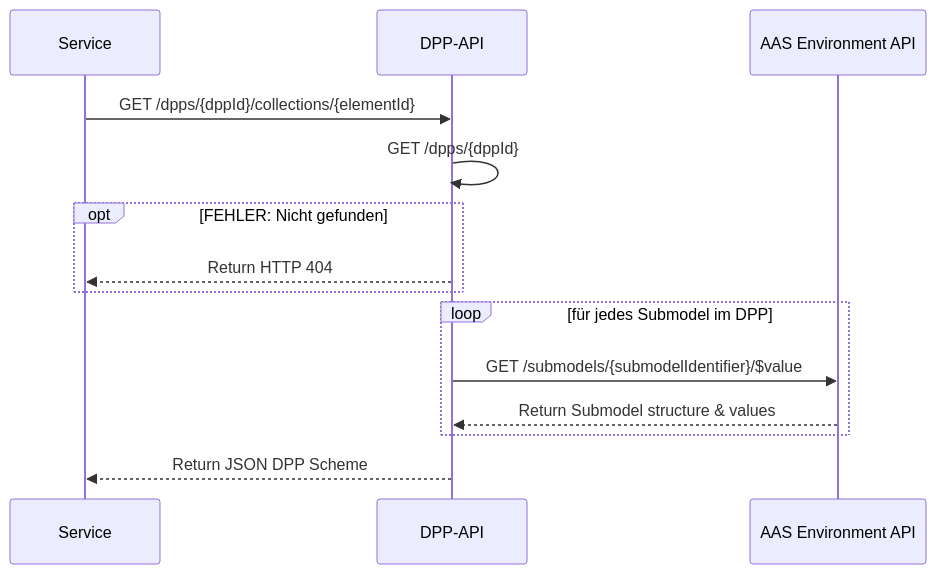
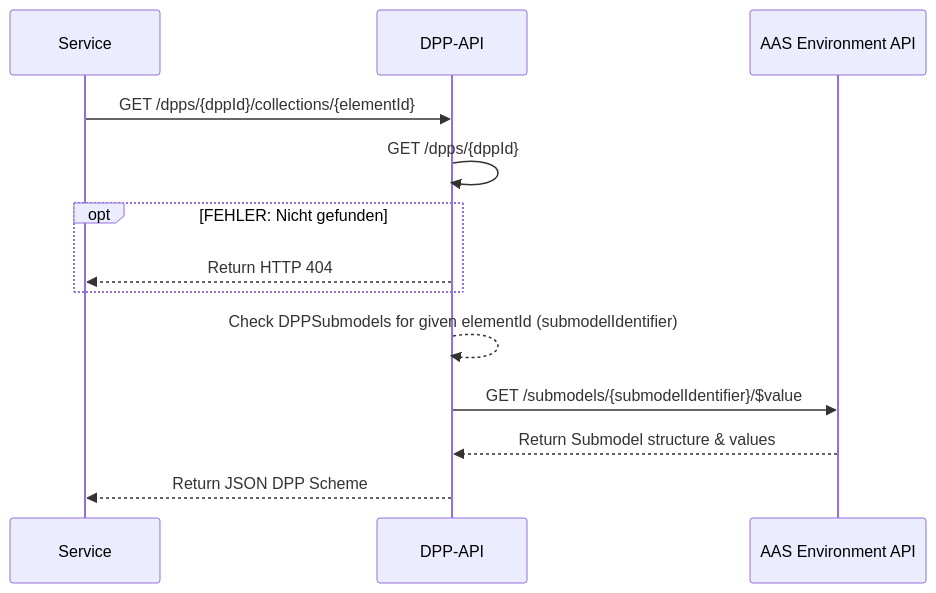
One commit to DHBW-TINF24F/Team6-BaSyx-DPP-API changed the eighth of 10 diagrams in PROJECT/SAS/mapping/mapping.md. Above: the diagram before and after it, drawn with Mermaid. The commit also changed other lines of this file, not shown here.

Commit message:
rework fine-granular api calls

````diff
--- a/PROJECT/SAS/mapping/mapping.md
+++ b/PROJECT/SAS/mapping/mapping.md
@@ -343,21 +343,21 @@
 ```mermaid
 sequenceDiagram
   participant Web as Service
   participant API as DPP-API
   participant Env as AAS Environment API
 
   Web->>API: GET /dpps/{dppId}/collections/{elementId}
 
   API->>API: GET /dpps/{dppId}
 
   opt FEHLER: Nicht gefunden
     API-->>Web: Return HTTP 404
   end
 
-  loop für jedes Submodel im DPP
-    API->>Env: GET /submodels/{submodelIdentifier}/$value
-    Env-->>API: Return Submodel structure & values
-  end
+  API-->>API: Check DPPSubmodels for given elementId (submodelIdentifier)
+
+  API->>Env: GET /submodels/{submodelIdentifier}/$value
+  Env-->>API: Return Submodel structure & values
 
   API-->>Web: Return JSON DPP Scheme
 ```
````
